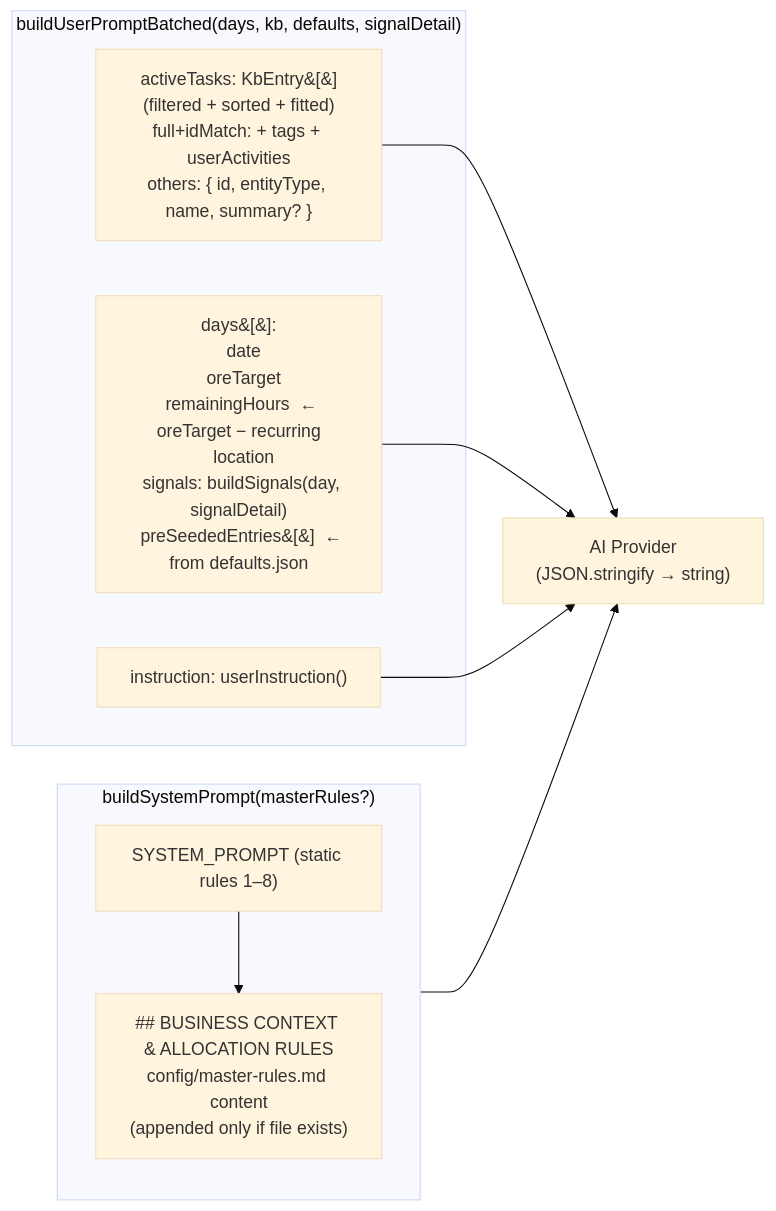
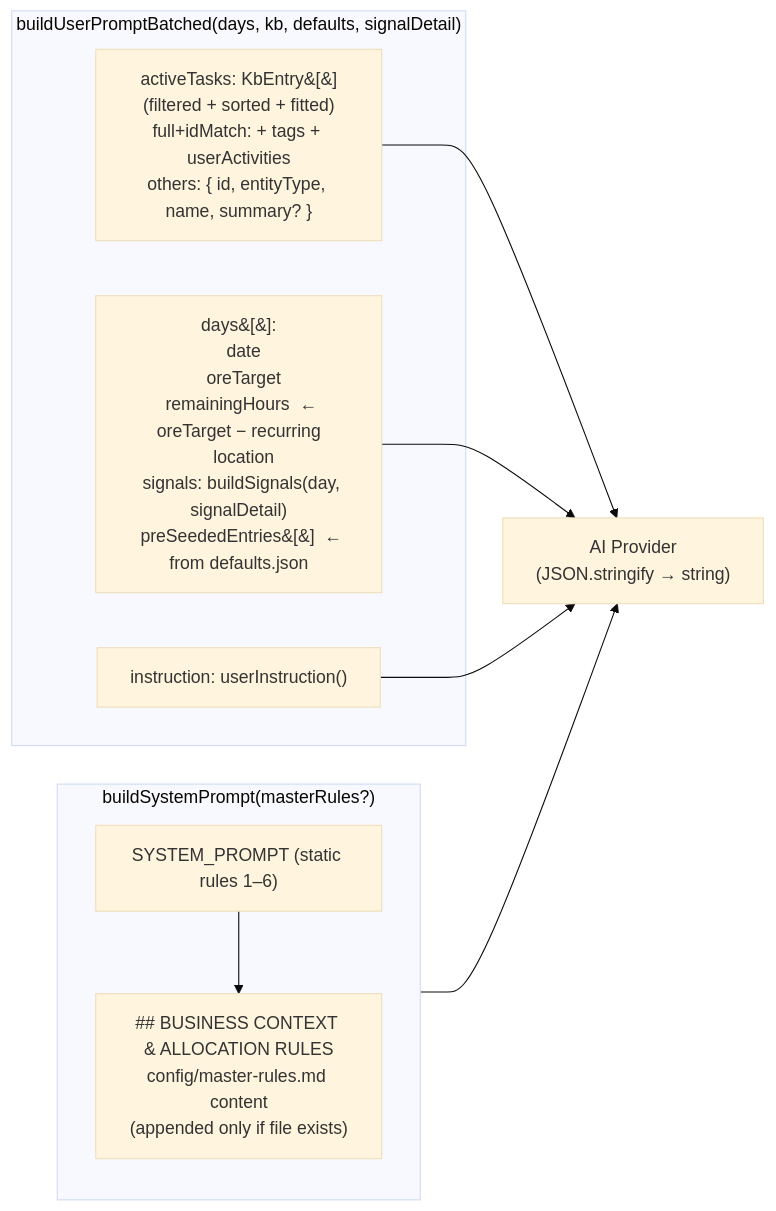
One commit to shinjigi/my_ms_graph_api_collector changed the fourth of 10 diagrams in docs/AI-ANALYSIS.md. Above: the diagram before and after it, drawn with Mermaid (base theme). The commit also changed other lines of this file and 74 other files, not shown here.

````diff
--- a/docs/AI-ANALYSIS.md
+++ b/docs/AI-ANALYSIS.md
@@ -218,17 +224,17 @@
 ```mermaid
 flowchart LR
     subgraph SystemPrompt["buildSystemPrompt(masterRules?)"]
-        SP["SYSTEM_PROMPT (static rules 1–8)"]
+        SP["SYSTEM_PROMPT (static rules 1–6)"]
         MR["## BUSINESS CONTEXT & ALLOCATION RULES\nconfig/master-rules.md content\n(appended only if file exists)"]
         SP --> MR
     end
 
     subgraph UserPrompt["buildUserPromptBatched(days, kb, defaults, signalDetail)"]
         UP_KB["activeTasks: KbEntry&#91;&#93;\n(filtered + sorted + fitted)\nfull+idMatch: + tags + userActivities\nothers: { id, entityType, name, summary? }"]
         UP_DAYS["days&#91;&#93;:\n  date\n  oreTarget\n  remainingHours  ← oreTarget − recurring\n  location\n  signals: buildSignals(day, signalDetail)\n  preSeededEntries&#91;&#93;  ← from defaults.json"]
         UP_INS["instruction: userInstruction()"]
     end
 
     SystemPrompt --> Provider
     UP_KB & UP_DAYS & UP_INS --> Provider["AI Provider\n(JSON.stringify → string)"]
 ```
````
